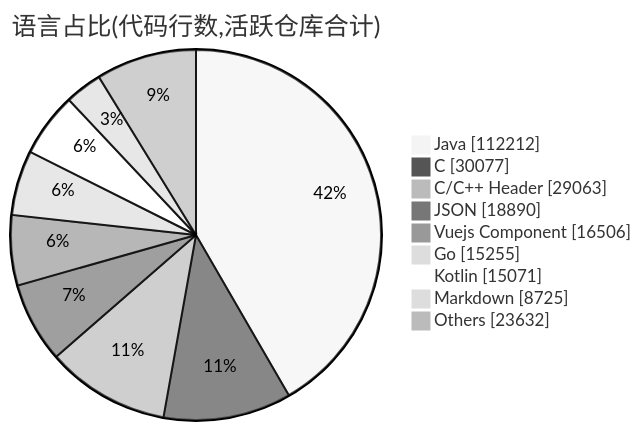
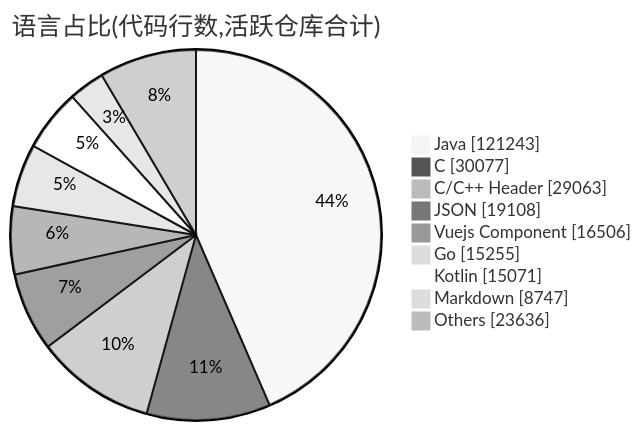
Before and after one commit to Conflux-Union/.github: the second of 2 diagrams in profile/README.md, drawn with Mermaid (neutral theme). The commit also changed other lines of this file and 1 other file, not shown here.

````diff
--- a/profile/README.md
+++ b/profile/README.md
@@ -78,13 +79,13 @@
 ```mermaid
 pie showData
     title 语言占比(代码行数,活跃仓库合计)
-    "Java" : 112212
+    "Java" : 121243
     "C" : 30077
     "C/C++ Header" : 29063
-    "JSON" : 18890
+    "JSON" : 19108
     "Vuejs Component" : 16506
     "Go" : 15255
     "Kotlin" : 15071
-    "Markdown" : 8725
-    "Others" : 23632
+    "Markdown" : 8747
+    "Others" : 23636
 ```
````
